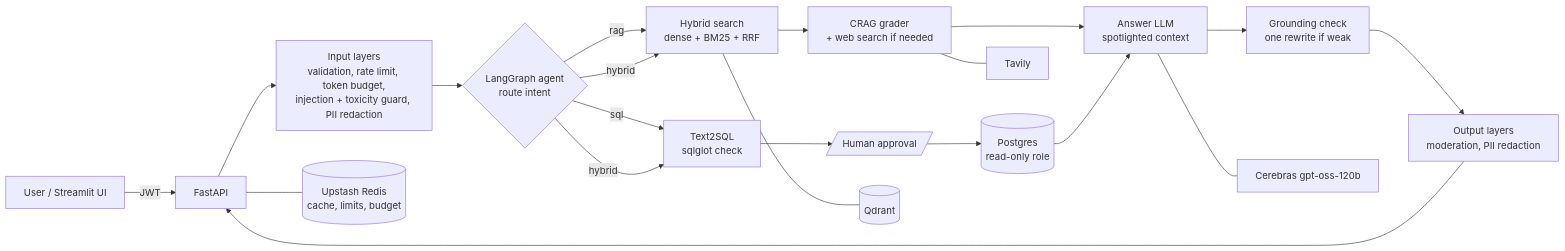
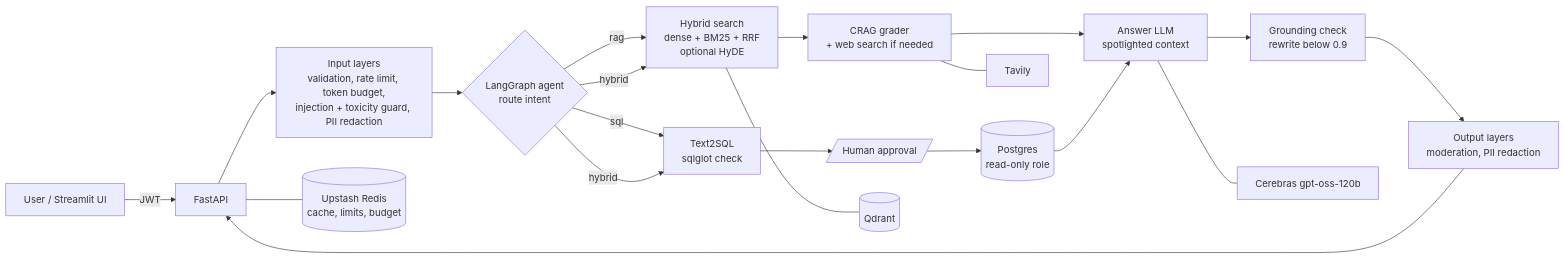
Before and after one commit to Sarthak290210/K8-copilot-Enterprise-RAG-: the diagram in README.md, drawn with Mermaid. The commit also changed other lines of this file, not shown here.

````diff
--- a/README.md
+++ b/README.md
@@ -24,23 +59,23 @@
 ```mermaid
 flowchart LR
     U[User / Streamlit UI] -->|JWT| API[FastAPI]
     API --> SEC_IN[Input layers<br/>validation, rate limit, token budget,<br/>injection + toxicity guard, PII redaction]
     SEC_IN --> AGENT{LangGraph agent<br/>route intent}
-    AGENT -->|rag| RAG[Hybrid search<br/>dense + BM25 + RRF]
+    AGENT -->|rag| RAG[Hybrid search<br/>dense + BM25 + RRF<br/>optional HyDE]
     RAG --> CRAG[CRAG grader<br/>+ web search if needed]
     CRAG --> ANS[Answer LLM<br/>spotlighted context]
     AGENT -->|sql| SQLGEN[Text2SQL<br/>sqlglot check]
     SQLGEN --> APPROVE[/Human approval/]
     APPROVE --> DB[(Postgres<br/>read-only role)]
     DB --> ANS
     AGENT -->|hybrid| RAG
     AGENT -->|hybrid| SQLGEN
-    ANS --> GROUND[Grounding check<br/>one rewrite if weak]
+    ANS --> GROUND[Grounding check<br/>rewrite below 0.9]
     GROUND --> SEC_OUT[Output layers<br/>moderation, PII redaction]
     SEC_OUT --> API
 
     RAG --- Q[(Qdrant)]
     CRAG --- T[Tavily]
     ANS --- LLM[Cerebras gpt-oss-120b]
     API --- R[(Upstash Redis<br/>cache, limits, budget)]
 ```
````
